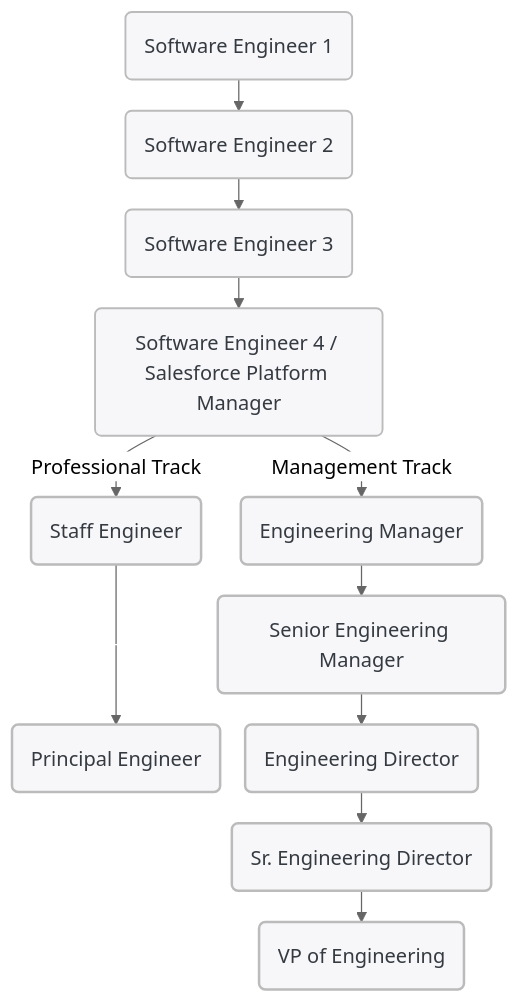
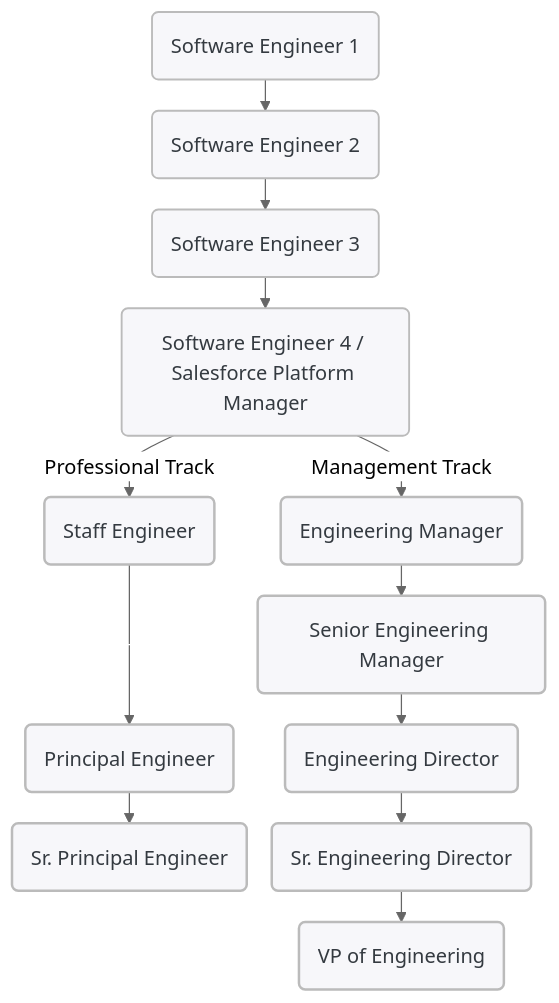
One commit to invitation-homes/career-progression-framework changed the diagram in index.md. Above: the diagram before and after it, drawn with Mermaid. The commit also changed 2 other files, not shown here.

Commit message:
docs: Add Sr. Principal

```diff
--- a/index.md
+++ b/index.md
@@ -23,63 +23,67 @@
 <div class="mermaid" style="text-align: center;">
 ---
 config:
   theme: neutral
   flowchart:
     curve: monotoneY
     nodeSpacing: 20
     rankSpacing: 25
   layout: fixed
 ---
 flowchart TD
     SE1["Software Engineer 1"] --> SE2["Software Engineer 2"]
     SE2 --> SE3["Software Engineer 3"]
     SE3 --> SE4["Software Engineer 4 / Salesforce Platform Manager"]
     SE4 -- Professional Track --> Staff["Staff Engineer"]
     SE4 -- Management Track --> EM["Engineering Manager"]
     Staff --- Dummy[ ]
     Dummy --> Principal["Principal Engineer"]
+    Principal --> SrPrincipal["Sr. Principal Engineer"]
     EM --> SEM["Senior Engineering Manager"]
     SEM --> ED["Engineering Director"]
     ED --> SED["Sr. Engineering Director"]
     SED --> VP["VP of Engineering"]
     SE1@{ shape: rounded}
     SE2@{ shape: rounded}
     SE3@{ shape: rounded}
     SE4@{ shape: rounded}
     Staff@{ shape: rounded}
     EM@{ shape: rounded}
     SEM@{ shape: rounded}
     Principal@{ shape: rounded}
+    SrPrincipal@{ shape: rounded}
     ED@{ shape: rounded}
     SED@{ shape: rounded}
     VP@{ shape: rounded}
      SE1:::normNode
      SE2:::normNode
      SE3:::normNode
      SE4:::normNode
      Staff:::eng
      EM:::mgr
      SEM:::mgr
      Principal:::eng
+     SrPrincipal:::exec
      ED:::mgr
      SED:::exec
      VP:::exec
      Dummy:::dummy
     classDef eng fill:#f7f7fa,stroke:#bbb,stroke-width:2px,color:#343a40
     classDef mgr fill:#f7f7fa,stroke:#bbb,stroke-width:2px,color:#343a40
     classDef exec fill:#f7f7fa,stroke:#bbb,stroke-width:2px,color:#343a40
     classDef normNode fill:#f7f7fa,stroke:#bbb,stroke-width:1.5px,color:#343a40
     classDef dummy style X width:1px,height:1px,fill:transparent,stroke:transparent 
     click SE1 "./software_engineer_I" _blank
     click SE2 "./software_engineer_II" _blank
     click SE3 "./software_engineer_III" _blank
     click SE4 "./software_engineer_IV" _blank
     click Staff "./staff_engineer" _blank
     click Principal "./principal_engineer" _blank
+    click SrPrincipal "./sr_principal_engineer" _blank
     click EM "./engineering_manager" _blank
     click SEM "./senior_engineering_manager" _blank
     click ED "./director_of_engineering" _blank
     click SED "./sr_director_of_engineering" _blank
     click VP "./vp_of_engineering" _blank
 
 </div>
```
